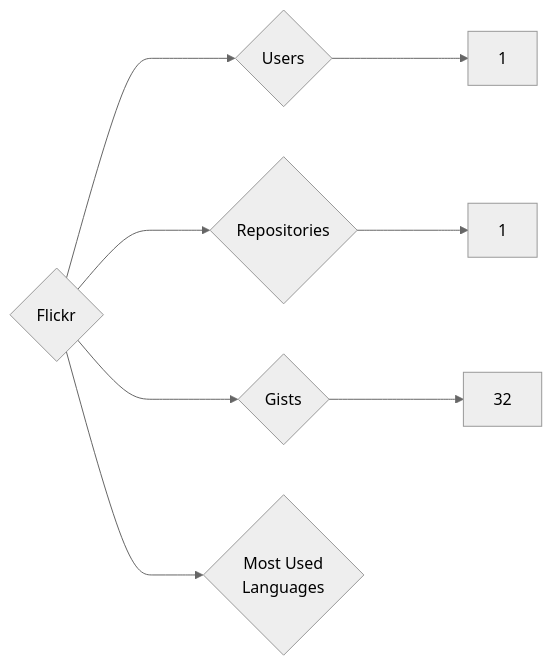
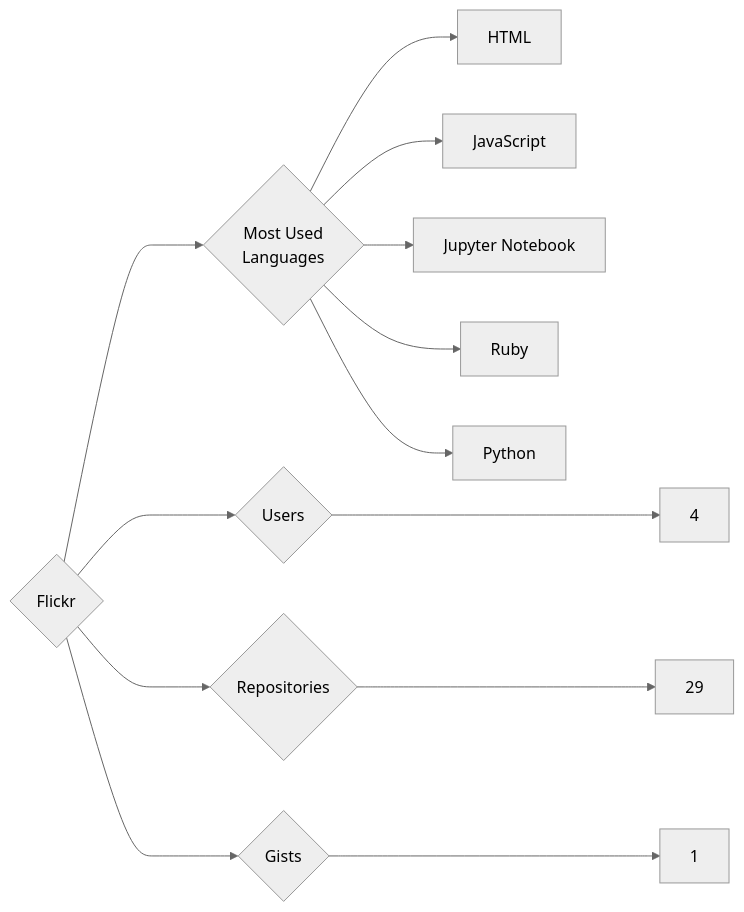
The diagram in targets/Flickr/README.md (trickest/insiders), drawn with Mermaid (neutral theme) before and after one commit. The commit also changed 1149 other files, not shown here.

````diff
--- a/targets/Flickr/README.md
+++ b/targets/Flickr/README.md
@@ -3,8 +3,13 @@
 ```mermaid
 graph LR
 COMPANY_NAME{Flickr}
-COMPANY_NAME ---> U{Users} ---> UN[1]
-COMPANY_NAME ---> R{Repositories} ---> RN[1]
-COMPANY_NAME ---> G{Gists} ---> GN[32]
+COMPANY_NAME ---> U{Users} ---> UN[4]
+COMPANY_NAME ---> R{Repositories} ---> RN[29]
+COMPANY_NAME ---> G{Gists} ---> GN[1]
 COMPANY_NAME ---> ML{Most Used<br>Languages}
+ML --> HTML[HTML]
+ML --> JavaScript[JavaScript]
+ML --> Jupyter_Notebook[Jupyter Notebook]
+ML --> Ruby[Ruby]
+ML --> Python[Python]
 ```
````
